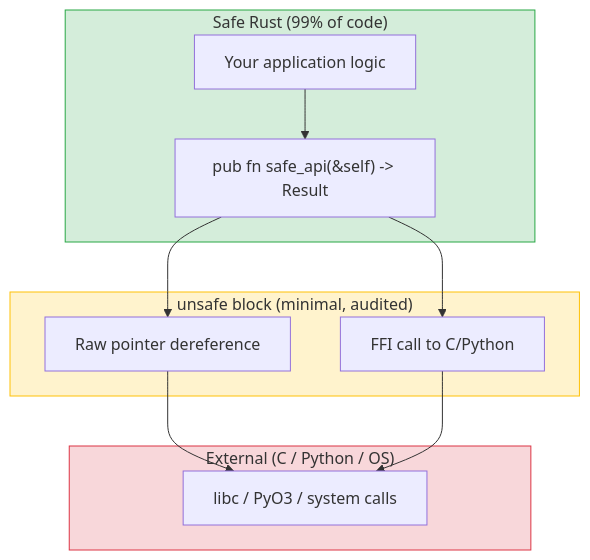
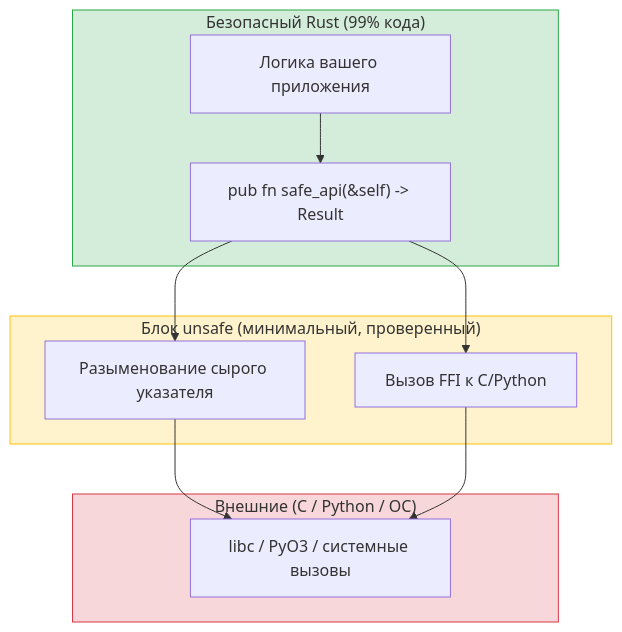
Before and after one commit to r007/RustTraining-Rus: the diagram in python-book/src/ch14-unsafe-rust-and-ffi.md, drawn with Mermaid. The commit also changed other lines of this file and 4 other files, not shown here.

````diff
--- a/python-book/src/ch14-unsafe-rust-and-ffi.md
+++ b/python-book/src/ch14-unsafe-rust-and-ffi.md
@@ -12,22 +9,22 @@
 ```mermaid
 flowchart TB
-    subgraph Safe ["Safe Rust (99% of code)"]
-        S1["Your application logic"]
+    subgraph Safe ["Безопасный Rust (99% кода)"]
+        S1["Логика вашего приложения"]
         S2["pub fn safe_api(&self) -> Result"]
     end
-    subgraph Unsafe ["unsafe block (minimal, audited)"]
-        U1["Raw pointer dereference"]
-        U2["FFI call to C/Python"]
+    subgraph Unsafe ["Блок unsafe (минимальный, проверенный)"]
+        U1["Разыменование сырого указателя"]
+        U2["Вызов FFI к C/Python"]
     end
-    subgraph External ["External (C / Python / OS)"]
-        E1["libc / PyO3 / system calls"]
+    subgraph External ["Внешние (C / Python / ОС)"]
+        E1["libc / PyO3 / системные вызовы"]
     end
     S1 --> S2
     S2 --> U1
     S2 --> U2
     U1 --> E1
     U2 --> E1
     style Safe fill:#d4edda,stroke:#28a745
     style Unsafe fill:#fff3cd,stroke:#ffc107
     style External fill:#f8d7da,stroke:#dc3545
 ```
````
